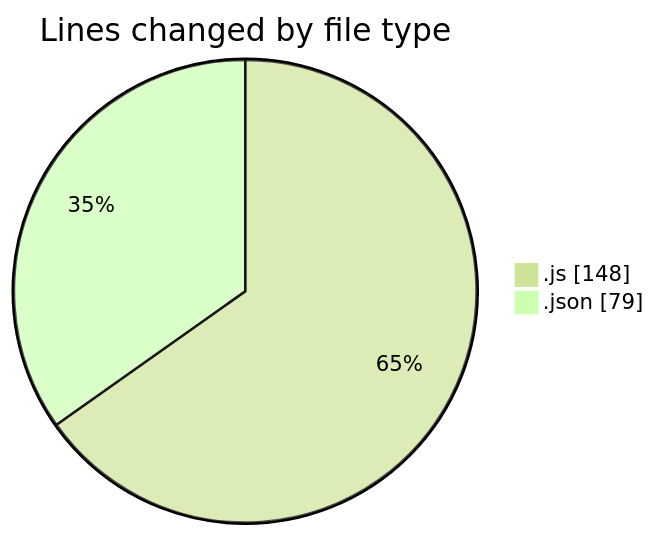
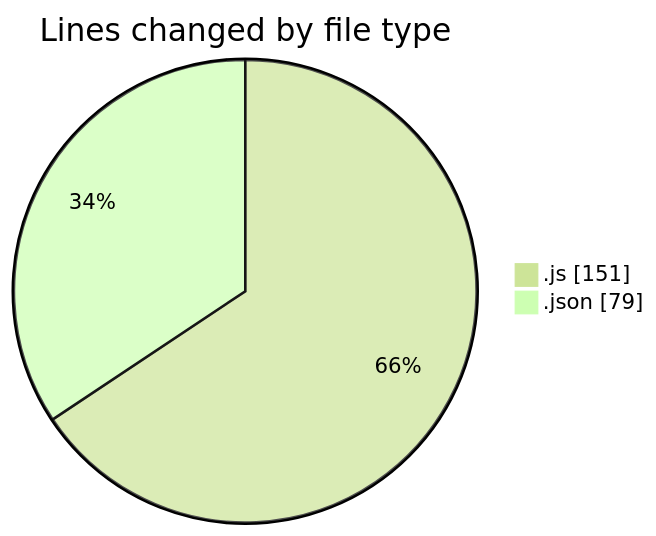
The first of 2 diagrams in 2025-01-31/cda/README.md (momahboobian/code-tracking), drawn with Mermaid (forest theme) before and after one commit. The commit also changed other lines of this file and 1 other file, not shown here.

````diff
--- a/2025-01-31/cda/README.md
+++ b/2025-01-31/cda/README.md
@@ -23,6 +23,6 @@
 ```mermaid
 pie showData
 title Lines changed by file type
-".js" : 148
+".js" : 151
 ".json" : 79
 ```
````
